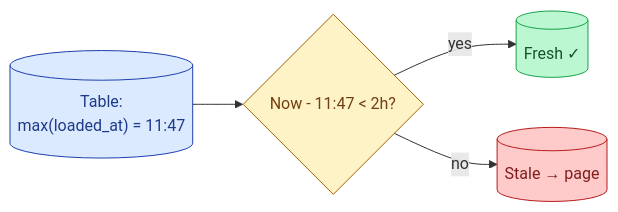
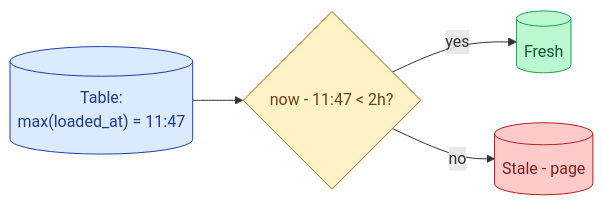
The first of 2 diagrams in _de_concepts/046-freshness-tests.md (shiningflash/shiningflash.github.io), drawn with Mermaid before and after one commit. The commit also changed other lines of this file and 69 other files, not shown here.

````diff
--- a/_de_concepts/046-freshness-tests.md
+++ b/_de_concepts/046-freshness-tests.md
@@ -12,11 +12,11 @@
 ```mermaid
 flowchart LR
-    Tab[("Table:<br/>max(loaded_at) = 11:47")]:::a --> Check{"Now - 11:47 < 2h?"}:::q
-    Check -->|"yes"| Pass[("Fresh ✓")]:::g
-    Check -->|"no"| Alert[("Stale → page")]:::r
+    Tab[("Table:<br/>max(loaded_at) = 11:47")]:::a --> Check{"now - 11:47 < 2h?"}:::q
+    Check -->|"yes"| Pass[("Fresh")]:::g
+    Check -->|"no"| Alert[("Stale - page")]:::r
 
     classDef a fill:#dbeafe,stroke:#1e40af,color:#1e3a8a
     classDef q fill:#fef3c7,stroke:#a16207,color:#713f12
     classDef g fill:#bbf7d0,stroke:#16a34a,color:#14532d
     classDef r fill:#fecaca,stroke:#b91c1c,color:#7f1d1d
 ```
````
